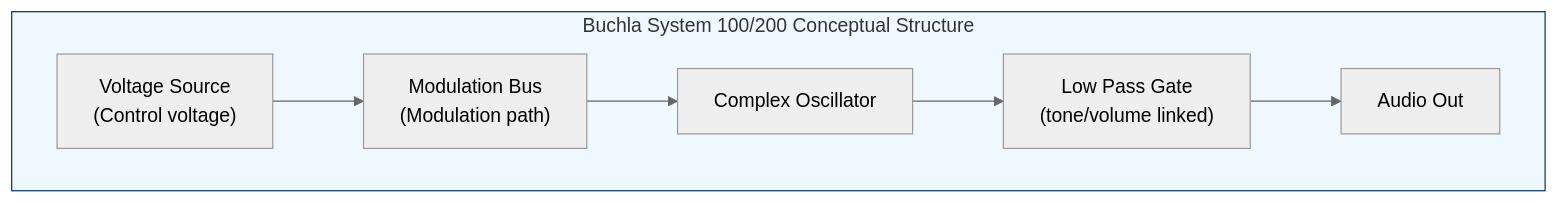
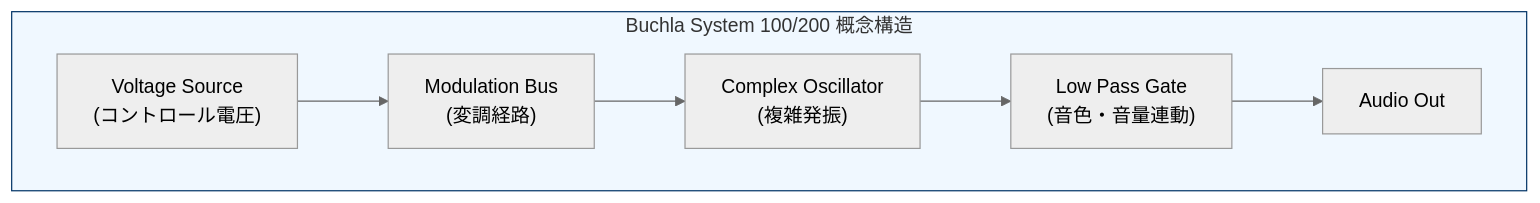
The first of 2 diagrams in en/_posts/2025-10-25-column-buchla-serge.md (monumental-movement/monumental-movement.github.io), drawn with Mermaid (neutral theme) before and after one commit. The commit also changed other lines of this file and 1701 other files, not shown here.

```diff
--- a/en/_posts/2025-10-25-column-buchla-serge.md
+++ b/en/_posts/2025-10-25-column-buchla-serge.md
@@ -65,13 +62,13 @@
 <div class="mermaid">
 
 flowchart LR
-subgraph Buchla_System["Buchla System 100/200 Conceptual Structure"]
-direction LR
-CV["Voltage Source<br>(Control voltage)"] --> MOD["Modulation Bus<br>(Modulation path)"]
-MOD --> OSC["Complex Oscillator<br>"]
-OSC --> LPG["Low Pass Gate<br>(tone/volume linked)"]
-LPG --> OUT["Audio Out"]
-end
-style Buchla_System fill:#f0f8ff,stroke:#003366,stroke-width:1px;
+  subgraph Buchla_System["Buchla System 100/200 概念構造"]
+    direction LR
+    CV["Voltage Source<br>(コントロール電圧)"] --> MOD["Modulation Bus<br>(変調経路)"]
+    MOD --> OSC["Complex Oscillator<br>(複雑発振)"]
+    OSC --> LPG["Low Pass Gate<br>(音色・音量連動)"]
+    LPG --> OUT["Audio Out"]
+  end
+  style Buchla_System fill:#f0f8ff,stroke:#003366,stroke-width:1px;
 
 </div>
```
